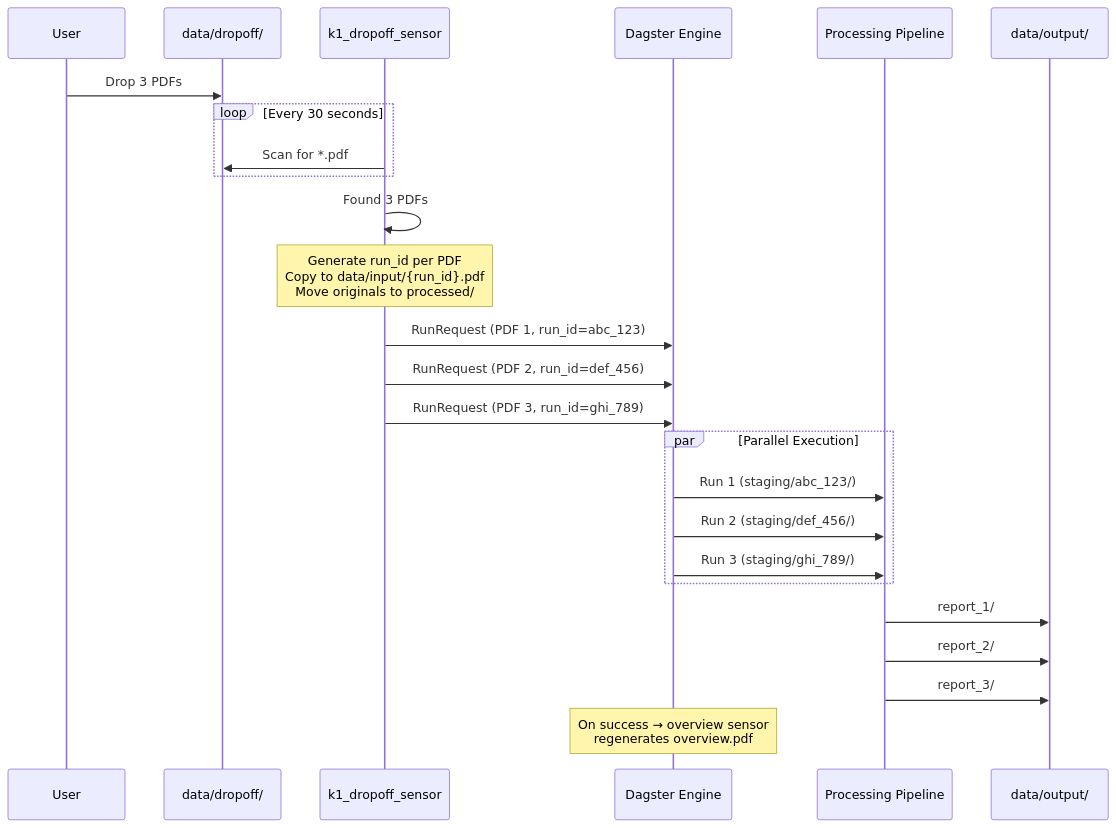
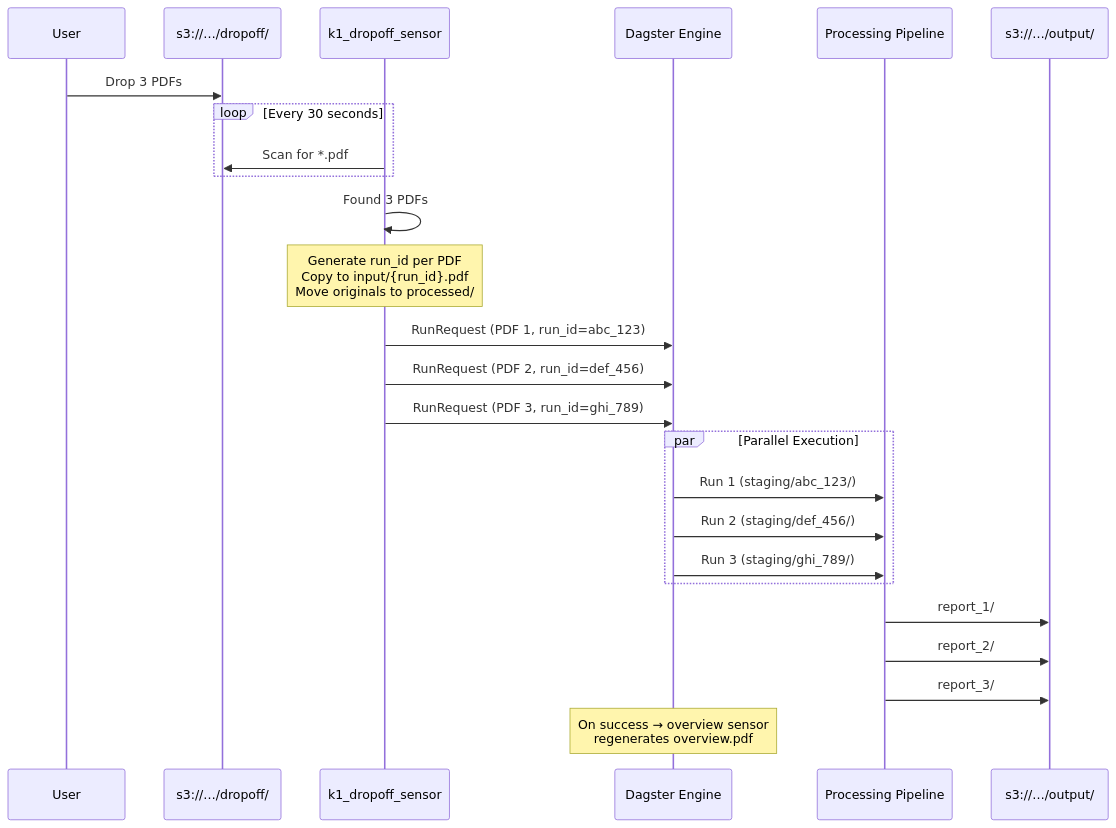
One commit to danielpodrazka/dagster-document-intelligence changed the sixth of 8 diagrams in README.md. Above: the diagram before and after it, drawn with Mermaid. The commit also changed other lines of this file and 5 other files, not shown here.

````diff
--- a/README.md
+++ b/README.md
@@ -136,34 +229,34 @@
 ```mermaid
 sequenceDiagram
     participant User
-    participant Dropoff as data/dropoff/
+    participant Dropoff as s3://…/dropoff/
     participant Sensor as k1_dropoff_sensor
     participant Dagster as Dagster Engine
     participant Pipeline as Processing Pipeline
-    participant Output as data/output/
+    participant Output as s3://…/output/
 
     User->>Dropoff: Drop 3 PDFs
 
     loop Every 30 seconds
         Sensor->>Dropoff: Scan for *.pdf
     end
 
     Sensor->>Sensor: Found 3 PDFs
-    Note over Sensor: Generate run_id per PDF<br/>Copy to data/input/{run_id}.pdf<br/>Move originals to processed/
+    Note over Sensor: Generate run_id per PDF<br/>Copy to input/{run_id}.pdf<br/>Move originals to processed/
 
     Sensor->>Dagster: RunRequest (PDF 1, run_id=abc_123)
     Sensor->>Dagster: RunRequest (PDF 2, run_id=def_456)
     Sensor->>Dagster: RunRequest (PDF 3, run_id=ghi_789)
 
     par Parallel Execution
         Dagster->>Pipeline: Run 1 (staging/abc_123/)
         Dagster->>Pipeline: Run 2 (staging/def_456/)
         Dagster->>Pipeline: Run 3 (staging/ghi_789/)
     end
 
     Pipeline->>Output: report_1/
     Pipeline->>Output: report_2/
     Pipeline->>Output: report_3/
 
     Note over Dagster: On success → overview sensor<br/>regenerates overview.pdf
 ```
````
